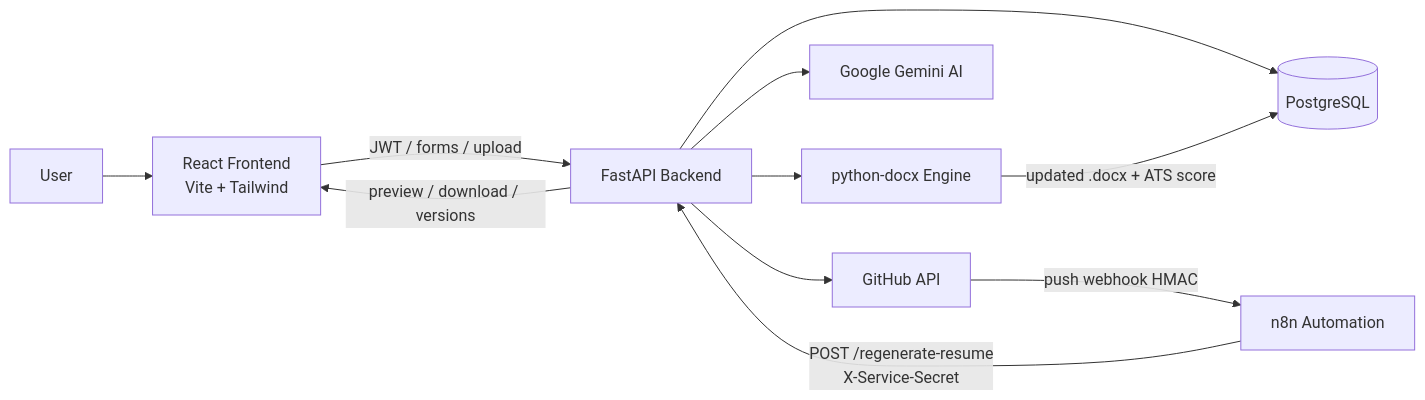
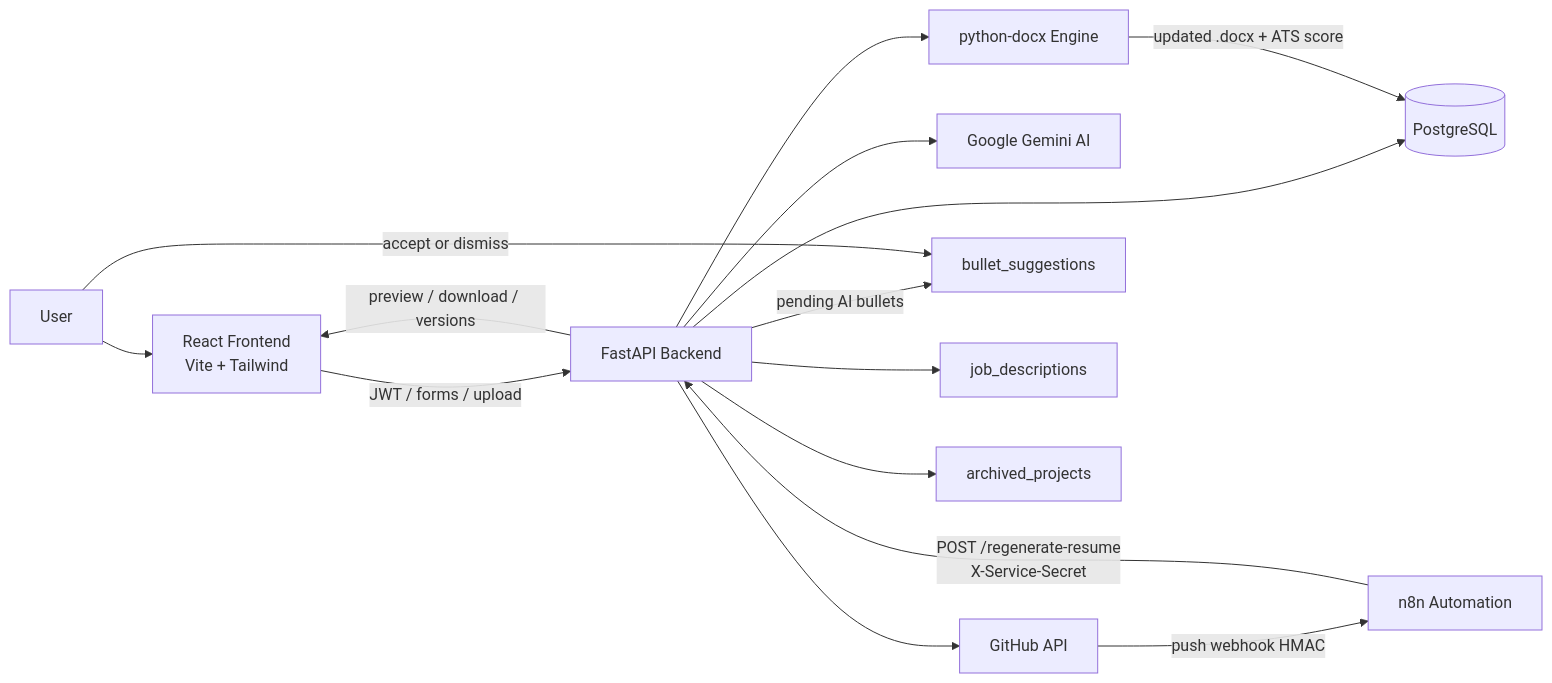
The diagram in docs/ARCHITECTURE.md (yjaveria3-netizen/Resume-Automation), drawn with Mermaid before and after one commit. The commit also changed other lines of this file and 3 other files, not shown here.

````diff
--- a/docs/ARCHITECTURE.md
+++ b/docs/ARCHITECTURE.md
@@ -5,22 +5,26 @@
 ```mermaid
 flowchart LR
     User[User]
     React[React Frontend<br/>Vite + Tailwind]
     API[FastAPI Backend]
     DB[(PostgreSQL)]
     GH[GitHub API]
     Gemini[Google Gemini AI]
     Docx[python-docx Engine]
     N8N[n8n Automation]
 
     User --> React
     React -->|JWT / forms / upload| API
     API --> DB
     API --> GH
     API --> Gemini
     API --> Docx
     GH -->|push webhook HMAC| N8N
     N8N -->|POST /regenerate-resume<br/>X-Service-Secret| API
     Docx -->|updated .docx + ATS score| DB
     API -->|preview / download / versions| React
+    API -->|pending AI bullets| Queue[bullet_suggestions]
+    User -->|accept or dismiss| Queue
+    API --> JD[job_descriptions]
+    API --> Archive[archived_projects]
 ```
````
